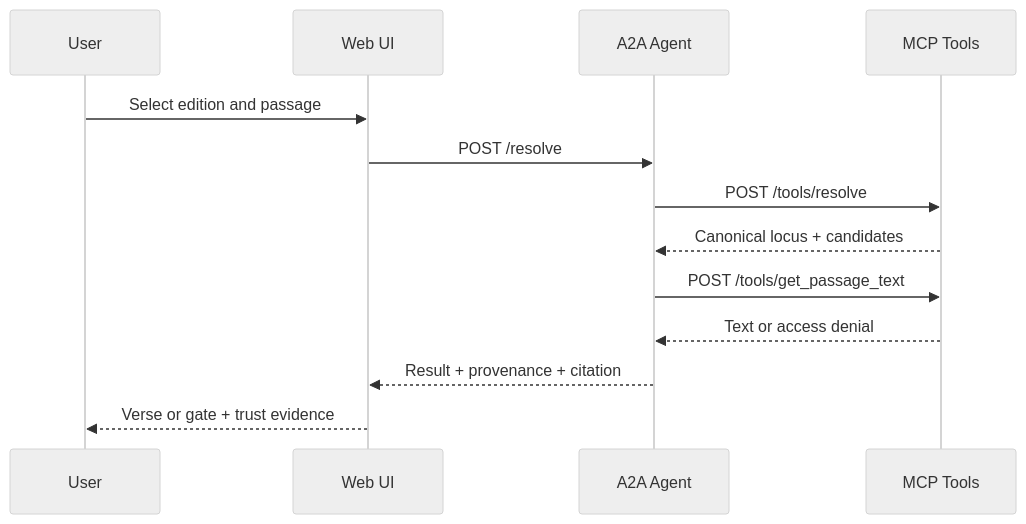
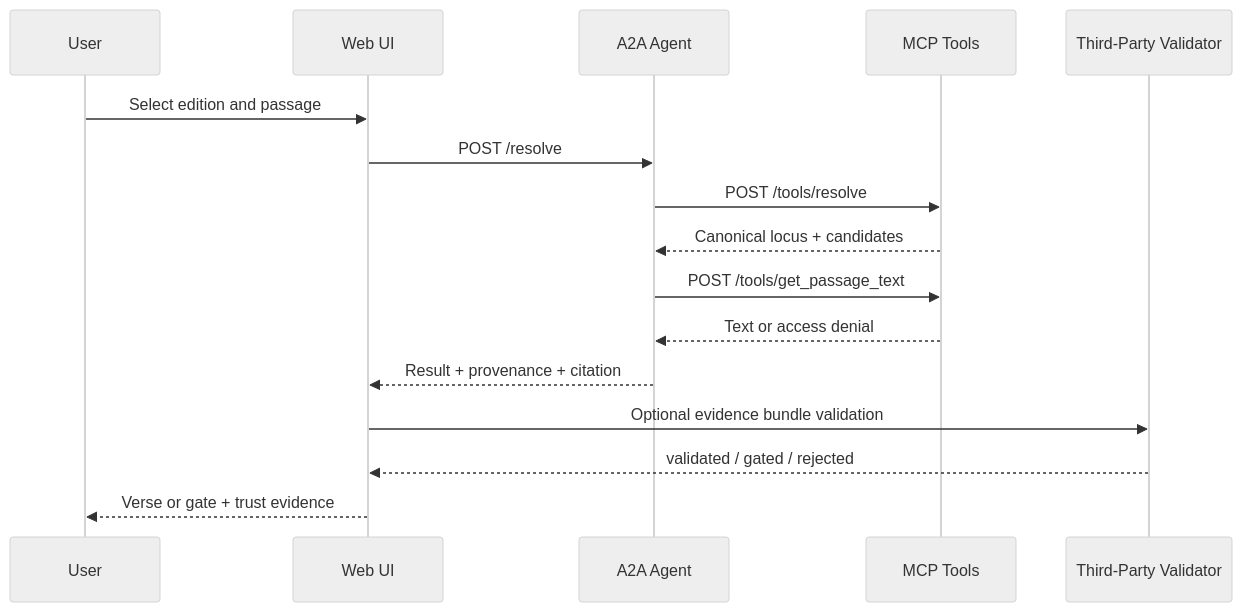
Before and after one commit to rpedersen3/verifiable-content-demo: the third of 3 diagrams in documents/information-architecture.md, drawn with Mermaid (neutral theme). The commit also changed other lines of this file and 9 other files, not shown here.

````diff
--- a/documents/information-architecture.md
+++ b/documents/information-architecture.md
@@ -81,16 +92,19 @@
 ```mermaid
 sequenceDiagram
   participant User
   participant UI as Web UI
   participant Agent as A2A Agent
   participant Tools as MCP Tools
+  participant Validator as Third-Party Validator
 
   User->>UI: Select edition and passage
   UI->>Agent: POST /resolve
   Agent->>Tools: POST /tools/resolve
   Tools-->>Agent: Canonical locus + candidates
   Agent->>Tools: POST /tools/get_passage_text
   Tools-->>Agent: Text or access denial
   Agent-->>UI: Result + provenance + citation
+  UI->>Validator: Optional evidence bundle validation
+  Validator-->>UI: validated / gated / rejected
   UI-->>User: Verse or gate + trust evidence
 ```
````
